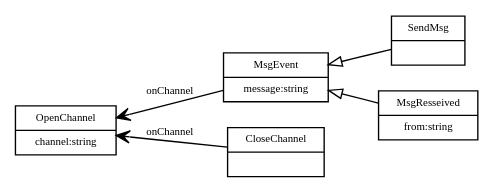
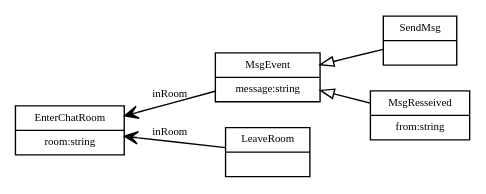
One commit to ktbs/ktbs changed the second of 2 diagrams in doc/source/tutorials/model-rest-turtle.rst. Above: the diagram before and after it, drawn with Graphviz. The commit also changed other lines of this file and 3 other files, not shown here.

```diff
--- a/doc/source/tutorials/model-rest-turtle.rst
+++ b/doc/source/tutorials/model-rest-turtle.rst
@@ -278,19 +276,19 @@
 .. graphviz::
 
    digraph {
      rankdir = RL
      node [ shape = "record", fontsize = 8 ]
      edge [ fontsize = 8 , arrowhead = "open", spines = false ]
 
-     OpenChannel [ label = "OpenChannel|channel:string" ]
+     EnterChatRoom [ label = "EnterChatRoom|room:string" ]
      MsgEvent [ label = "MsgEvent|message:string" ]
      SendMsg [ label = "SendMsg|" ]
      MsgReceived [ label = "MsgResseived|from:string" ]
-     CloseChannel [ label = "CloseChannel|" ]
-    
-     MsgEvent -> OpenChannel [ label = "onChannel" ]
-     CloseChannel -> OpenChannel [ label = "onChannel" ]
+     LeaveRoom [ label = "LeaveRoom|" ]
+
+     MsgEvent -> EnterChatRoom [ label = "inRoom" ]
+     LeaveRoom -> EnterChatRoom [ label = "inRoom" ]
      SendMsg -> MsgEvent [ arrowhead = "empty" ]
      MsgReceived -> MsgEvent [ arrowhead = "empty" ]
-     
+
    }
```
